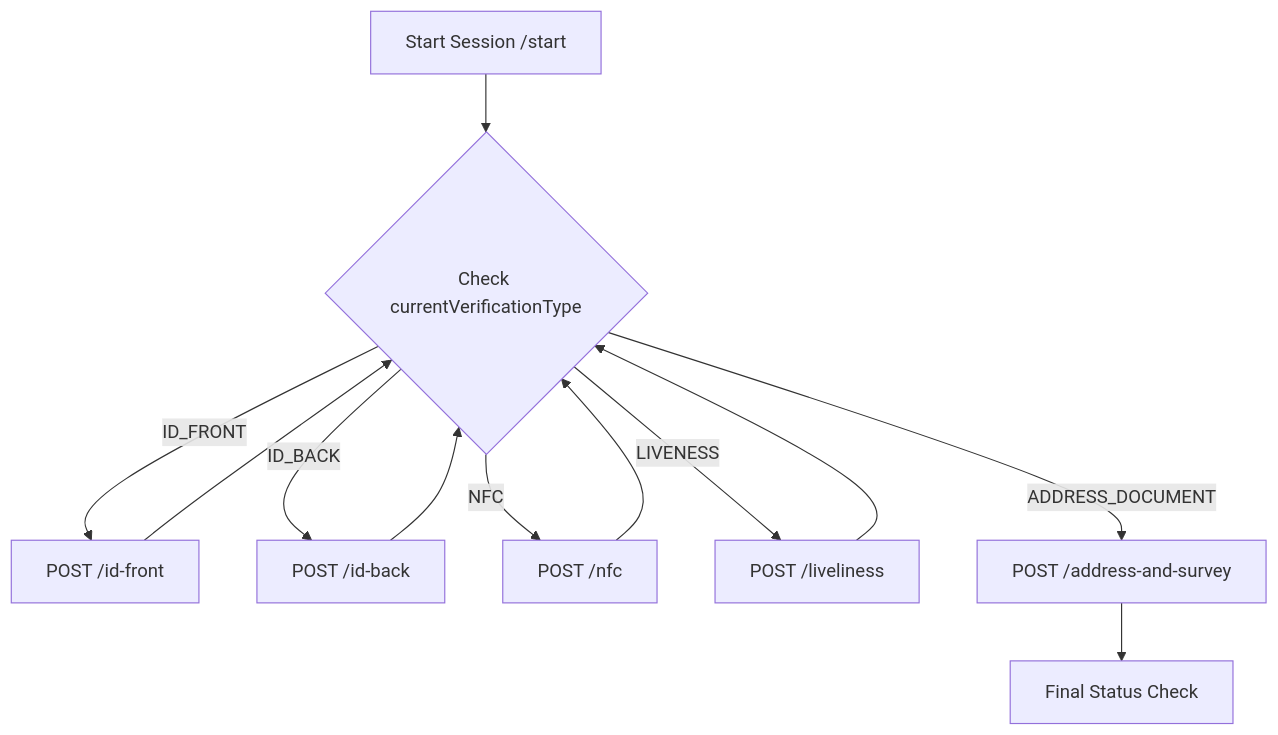
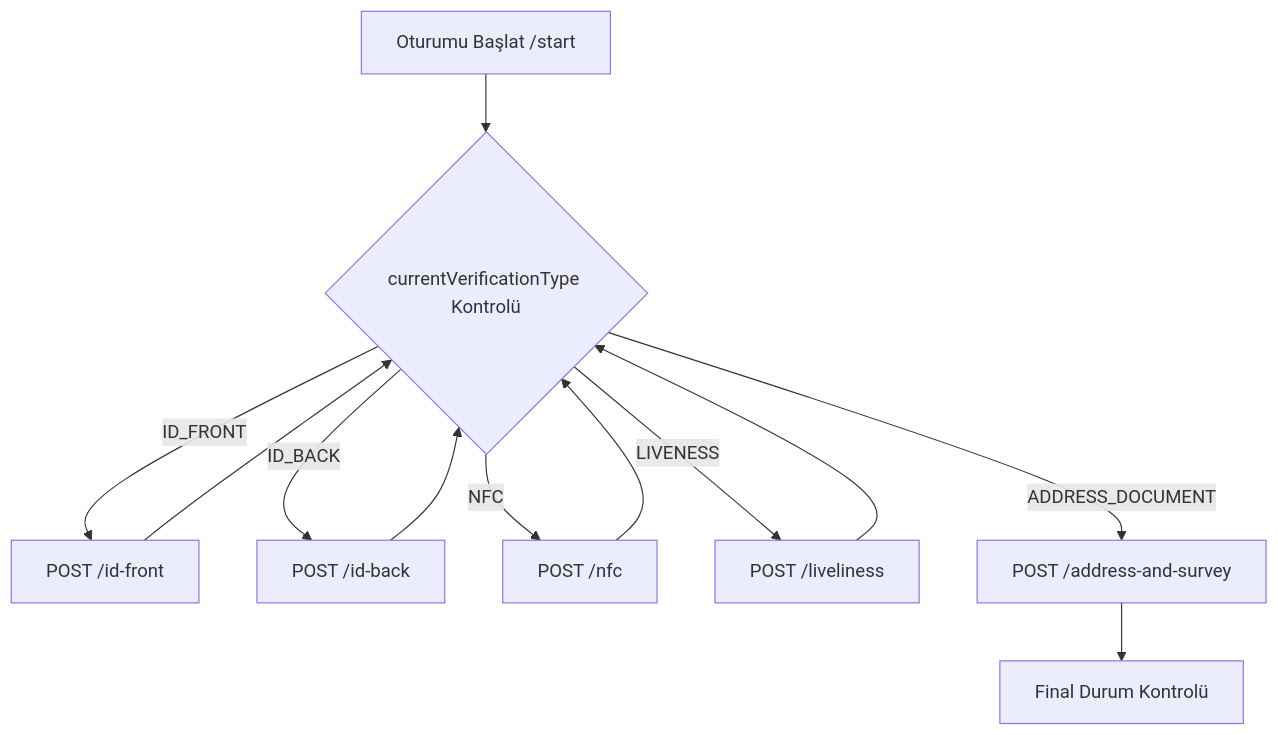
Before and after one commit to commitup/api-doc-v2: the diagram in i18n/tr/docusaurus-plugin-content-docs/current/whitelabel-wallet/kyc-digital.md, drawn with Mermaid. The commit also changed other lines of this file and 40 other files, not shown here.

````diff
--- a/i18n/tr/docusaurus-plugin-content-docs/current/whitelabel-wallet/kyc-digital.md
+++ b/i18n/tr/docusaurus-plugin-content-docs/current/whitelabel-wallet/kyc-digital.md
@@ -20,14 +20,14 @@
 ```mermaid
 graph TD
-    A[Start Session /start] --> B{Check currentVerificationType}
+    A[Oturumu Başlat /start] --> B{currentVerificationType Kontrolü}
     B -- ID_FRONT --> C[POST /id-front]
     C --> B
     B -- ID_BACK --> D[POST /id-back]
     D --> B
     B -- NFC --> E[POST /nfc]
     E --> B
     B -- LIVENESS --> F[POST /liveliness]
     F --> B
     B -- ADDRESS_DOCUMENT --> G[POST /address-and-survey]
-    G --> H[Final Status Check]
+    G --> H[Final Durum Kontrolü]
 ```
````
